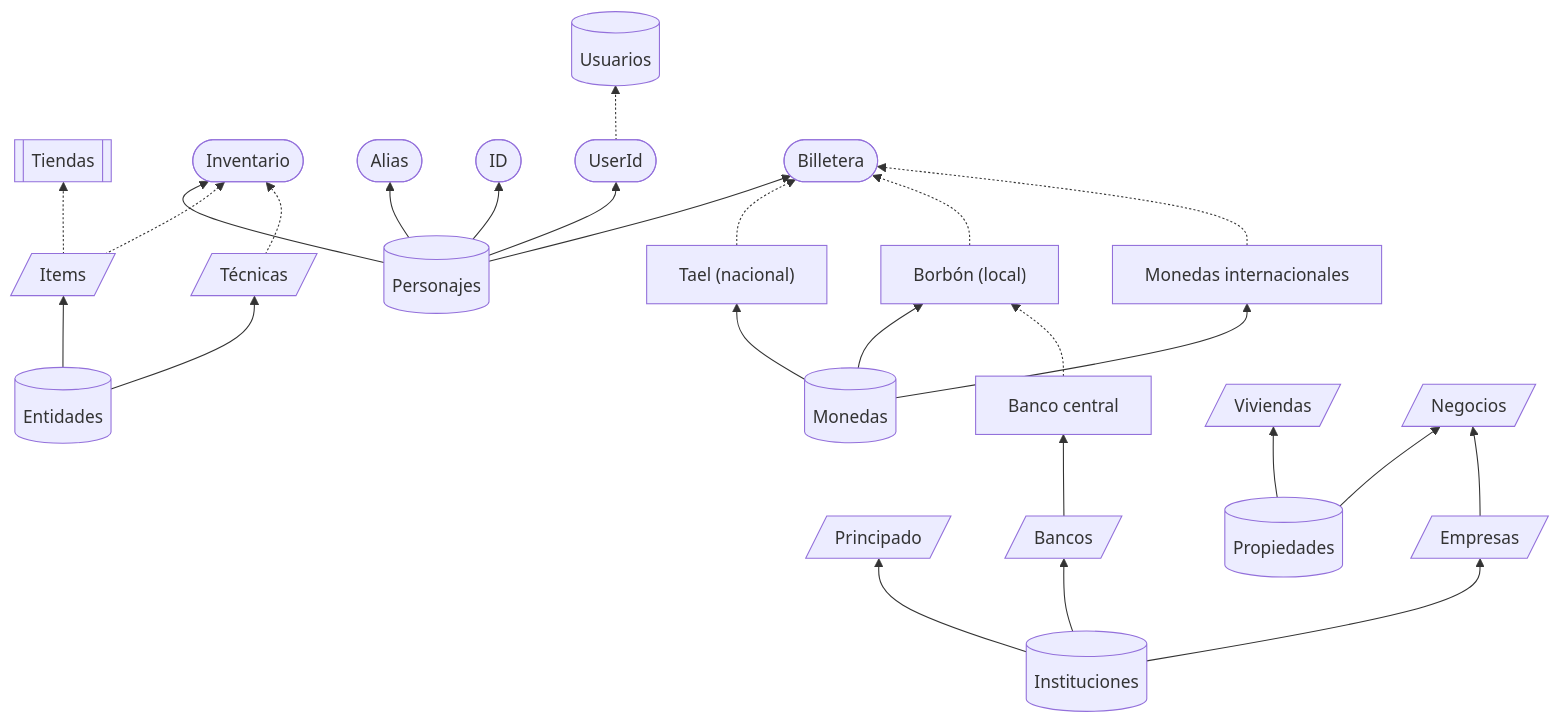
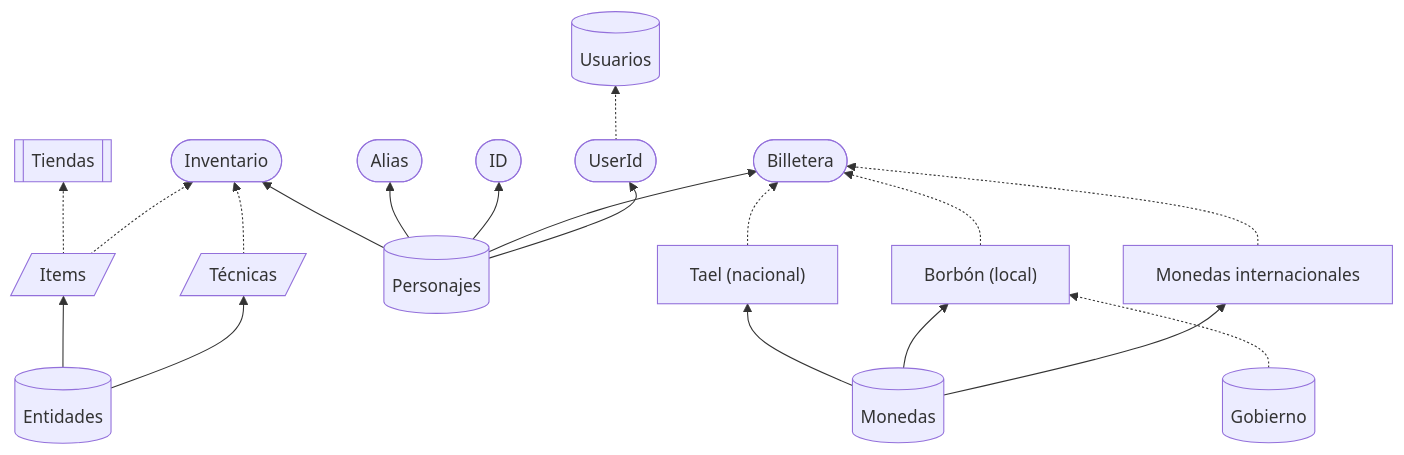
One commit to Redpower2/quartz changed the diagram in content/Off-rol/Jerarquia de Economia.md. Above: the diagram before and after it, drawn with Mermaid. The commit also changed 2 other files, not shown here.

Commit message:
Update: mié. 24/06/2026 13:46:40,18

````diff
--- a/content/Off-rol/Jerarquia de Economia.md
+++ b/content/Off-rol/Jerarquia de Economia.md
@@ -1,63 +1,47 @@
 ```mermaid
 flowchart BT
 
 Ent[("Entidades")]
 	It[/ "Items" /]
 		Tien[["Tiendas"]]
 	Tec[/ "Técnicas" /]
 	
 PJ[("Personajes")]
 	Inv(["Inventario"])
 	Alias(["Alias"])
 	ID(["ID"])
 	UId(["UserId"])
 	Bil(["Billetera"])
 
 Users[("Usuarios")]
 
+Gob[("Gobierno")]
+
 Mon[("Monedas")]
 	Tael["Tael (nacional)"]
 	Bor["Borbón (local)"]
 	Mint["Monedas internacionales"]
-
-Inst[("Instituciones")]
-	Prin[/ "Principado" /]
-	Ban[/ "Bancos" /]
-		BanCe["Banco central"]
-	Emp[/ "Empresas" /]
-
-Prop[("Propiedades")]
-	Viv[/ "Viviendas" /]
-	Neg[/ "Negocios" /]
 
 
 Ent --> It
 	It -.-> Tien
 Ent --> Tec
 
 PJ --> Inv
 	It -.-> Inv
 	Tec -.-> Inv
 PJ --> Alias
 PJ --> ID
 PJ --> Bil
 PJ --> UId
 	UId -.-> Users
 
 Mon --> Tael
 	Tael -.-> Bil
 Mon --> Bor
 	Bor -.-> Bil
 Mon --> Mint
 	Mint -.-> Bil
-
-Inst --> Prin
-Inst --> Ban
-	Ban --> BanCe
-		BanCe -.-> Bor
-Inst --> Emp
-
-Prop --> Viv
-Prop --> Neg
-	Emp --> Neg
+	
+Gob -.-> Bor
 ```
````
